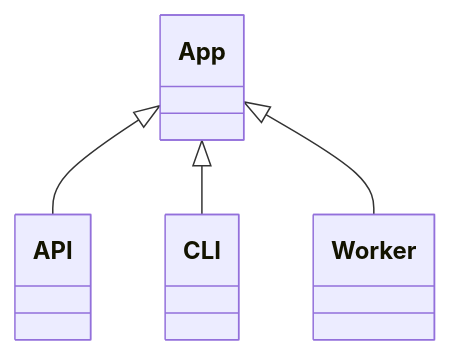
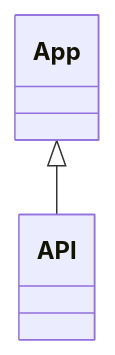
One commit to Romasmi/s-shop-microservices changed the diagram in internal/app/readme.md. Above: the diagram before and after it, drawn with Mermaid. The commit also changed 1 other file, not shown here.

Commit message:
HW4: Save changes.

`````diff
--- a/internal/app/readme.md
+++ b/internal/app/readme.md
@@ -3,6 +3,4 @@
 ````mermaid
 classDiagram
     App <|-- API
-    App <|-- CLI
-    App <|-- Worker
 ````
`````
